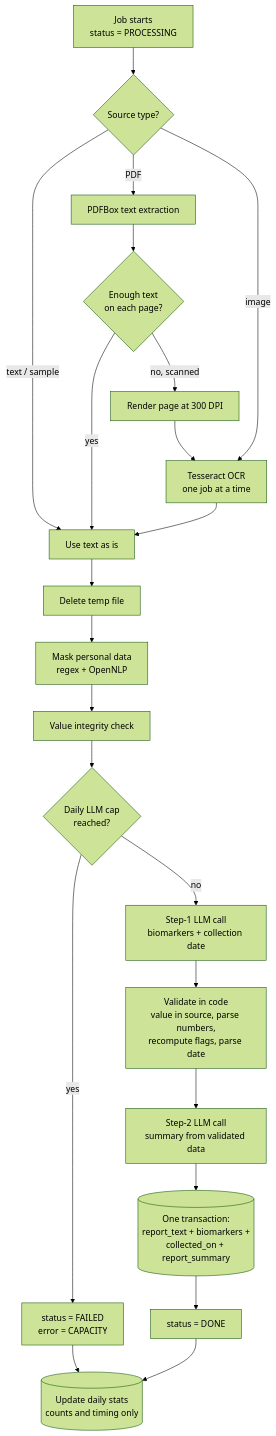
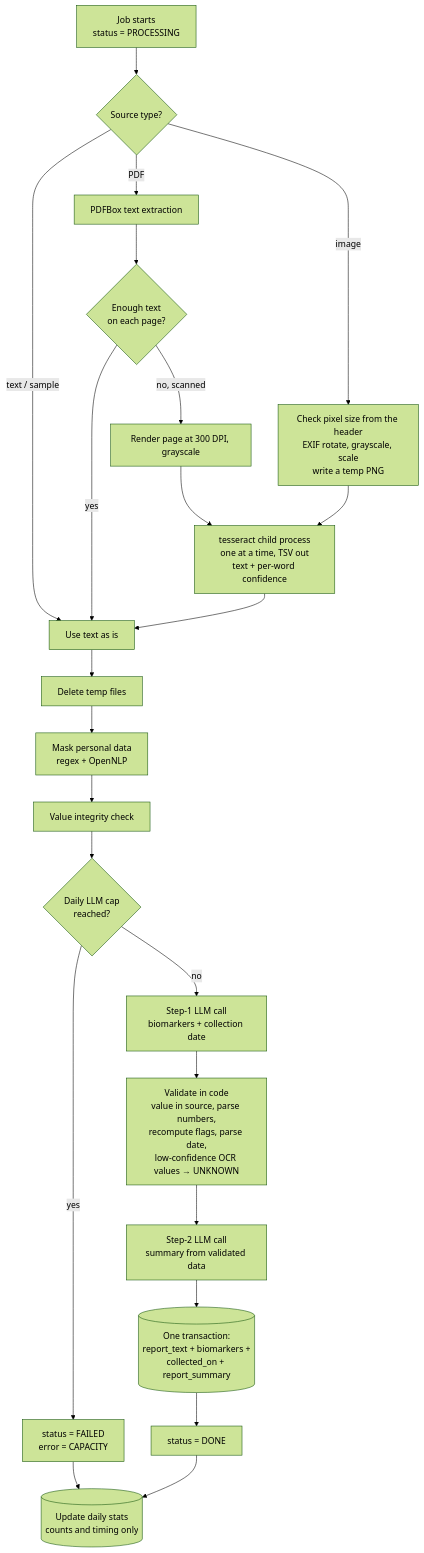
The tenth of 20 diagrams in docs/dataflow.md (SaqibCod/medi-scan), drawn with Mermaid (forest theme) before and after one commit. The commit also changed other lines of this file and 8 other files, not shown here.

First line of the commit message:
docs(4): the contract and docs for OCR, before the code

````diff
--- a/docs/dataflow.md
+++ b/docs/dataflow.md
@@ -381,23 +382,24 @@
 ```mermaid
 flowchart TD
     S["Job starts<br/>status = PROCESSING"] --> T{"Source type?"}
     T -->|"text / sample"| RT["Use text as is"]
     T -->|"PDF"| PDF["PDFBox text extraction"]
-    T -->|"image"| OCR["Tesseract OCR<br/>one job at a time"]
+    T -->|"image"| PREP["Check pixel size from the header<br/>EXIF rotate, grayscale, scale<br/>write a temp PNG"]
+    PREP --> OCR["tesseract child process<br/>one at a time, TSV out<br/>text + per-word confidence"]
     PDF --> CHK{"Enough text<br/>on each page?"}
     CHK -->|"yes"| RT
-    CHK -->|"no, scanned"| RENDER["Render page at 300 DPI"] --> OCR
+    CHK -->|"no, scanned"| RENDER["Render page at 300 DPI, grayscale"] --> OCR
     OCR --> RT
-    RT --> DEL["Delete temp file"]
+    RT --> DEL["Delete temp files"]
     DEL --> MASK["Mask personal data<br/>regex + OpenNLP"]
     MASK --> INT["Value integrity check"]
     INT --> CAP{"Daily LLM cap<br/>reached?"}
     CAP -->|"yes"| FAIL["status = FAILED<br/>error = CAPACITY"]
     CAP -->|"no"| L1["Step-1 LLM call<br/>biomarkers + collection date"]
-    L1 --> V["Validate in code<br/>value in source, parse numbers,<br/>recompute flags, parse date"]
+    L1 --> V["Validate in code<br/>value in source, parse numbers,<br/>recompute flags, parse date,<br/>low-confidence OCR values → UNKNOWN"]
     V --> L2["Step-2 LLM call<br/>summary from validated data"]
     L2 --> SAVE[("One transaction:<br/>report_text + biomarkers +<br/>collected_on + report_summary")]
     SAVE --> DONE["status = DONE"]
     DONE --> STATS[("Update daily stats<br/>counts and timing only")]
     FAIL --> STATS
 ```
````
